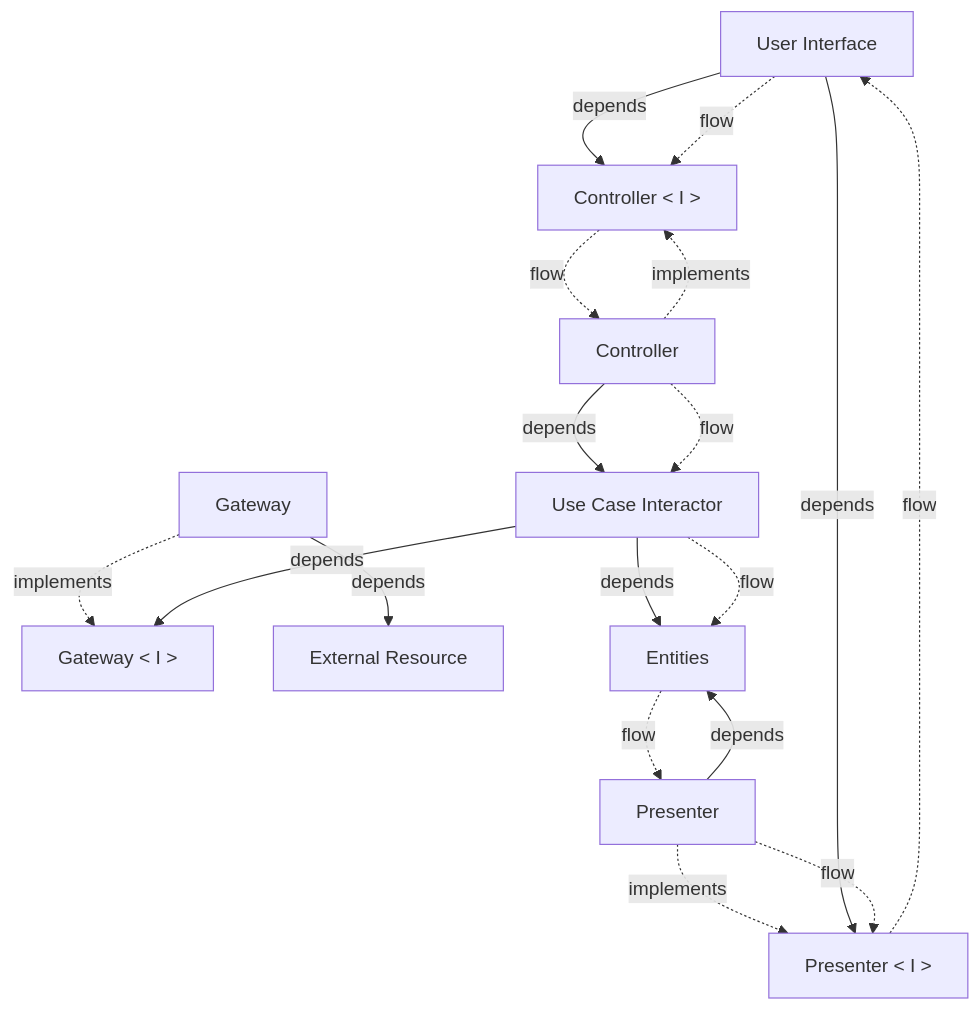
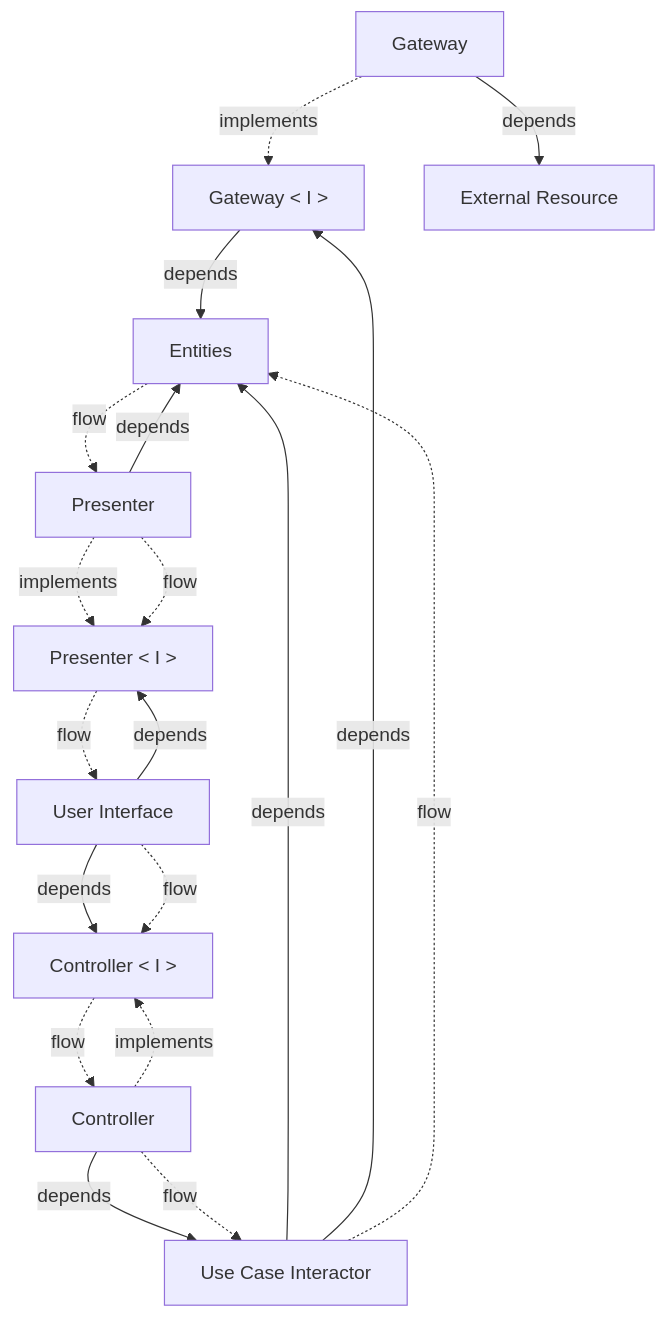
The fifth of 17 diagrams in docs/architecture.md (clean-reactive/documentation), drawn with Mermaid before and after one commit. The commit also changed other lines of this file and 2 other files, not shown here.

Commit message:
Docs: align the diagrams' transcripts and text with the images

````diff
--- a/docs/architecture.md
+++ b/docs/architecture.md
@@ -365,37 +367,38 @@
 ```mermaid
 graph TD
 
 G["Gateway"]
 GI["Gateway < I >"]
 ER["External Resource"]
 UI["User Interface"]
 E["Entities"]
 P["Presenter"]
 C["Controller"]
 PI["Presenter < I >"]
 CI["Controller < I >"]
 UC["Use Case Interactor"]
 
 %% implementation relation
 P -. implements .-> PI
 C -. implements .-> CI
 G -. implements .-> GI
 
 %% dependency relation
 UI -- depends --> PI
 UI -- depends --> CI
 C -- depends --> UC
 P -- depends --> E
 UC -- depends --> E
 UC -- depends --> GI
+GI -- depends --> E
 G -- depends --> ER
 
 %% flow
 UI -. flow .-> CI
 CI -. flow .-> C
 C -. flow .-> UC
 UC -. flow .-> E
 E -. flow .-> P
 P -. flow .-> PI
 PI -. flow .-> UI
 ```
````
